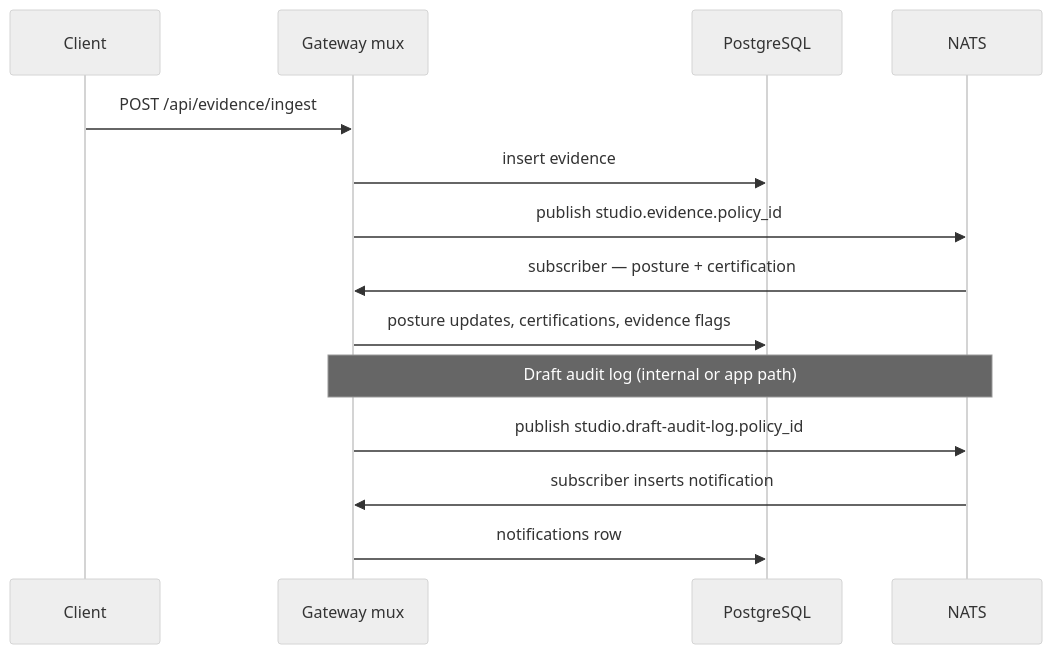
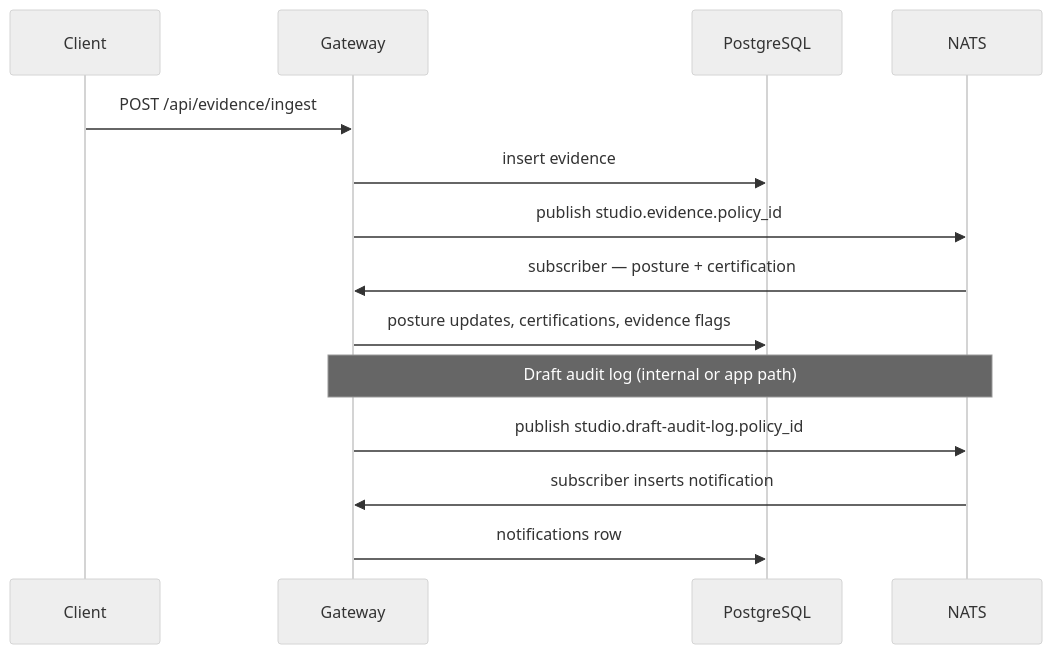
One commit to jpower432/complytime-studio changed the second of 2 diagrams in docs/design/architecture.md. Above: the diagram before and after it, drawn with Mermaid (neutral theme). The commit also changed other lines of this file and 149 other files, not shown here.

First line of the commit message:
feat: extract three-repo architecture (data platform scope)

````diff
--- a/docs/design/architecture.md
+++ b/docs/design/architecture.md
@@ -121,18 +128,18 @@
 ```mermaid
 sequenceDiagram
   participant C as Client
-  participant G as Gateway mux
+  participant G as Gateway
   participant PG as PostgreSQL
   participant N as NATS
 
   C->>G: POST /api/evidence/ingest
   G->>PG: insert evidence
   G->>N: publish studio.evidence.policy_id
   N->>G: subscriber — posture + certification
   G->>PG: posture updates, certifications, evidence flags
 
   Note over G,N: Draft audit log (internal or app path)
   G->>N: publish studio.draft-audit-log.policy_id
   N->>G: subscriber inserts notification
   G->>PG: notifications row
 ```
````
